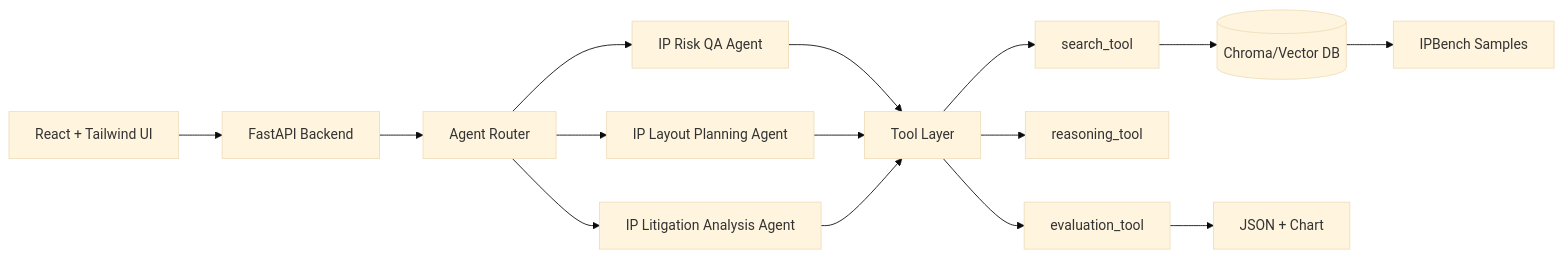
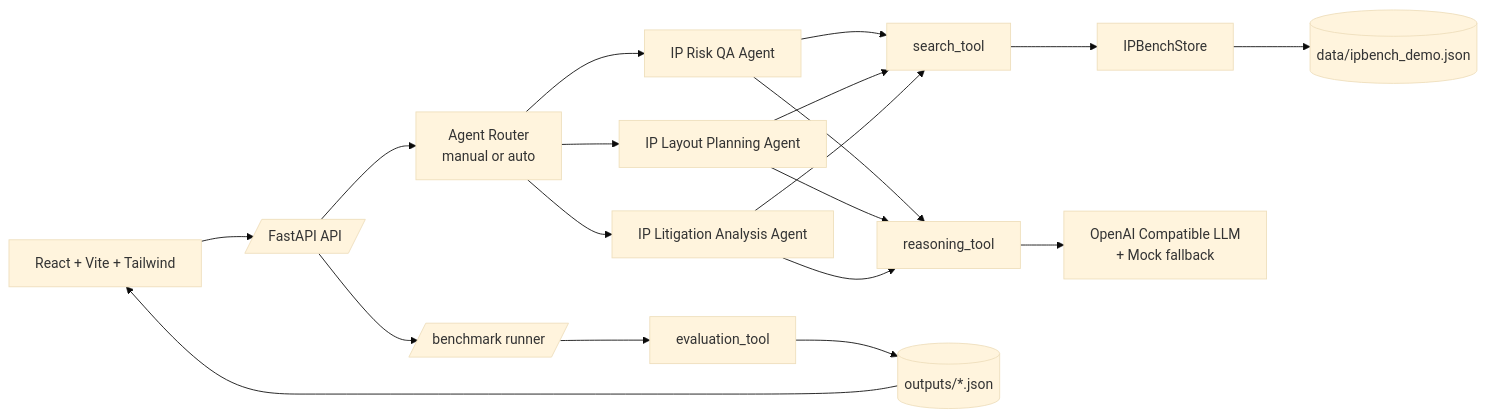
One commit to shallowdreamoon/agent_achive changed the first of 3 diagrams in architecture.md. Above: the diagram before and after it, drawn with Mermaid (base theme). The commit also changed other lines of this file and 25 other files, not shown here.

Commit message:
Refactor multi-agent pipeline, benchmark, UI, and deployment docs

````diff
--- a/architecture.md
+++ b/architecture.md
@@ -3,17 +7,25 @@
 ```mermaid
 flowchart LR
-  UI[React + Tailwind UI] --> API[FastAPI Backend]
-  API --> Router[Agent Router]
-  Router --> A1[IP Risk QA Agent]
-  Router --> A2[IP Layout Planning Agent]
-  Router --> A3[IP Litigation Analysis Agent]
-  A1 --> Tools[Tool Layer]
-  A2 --> Tools
-  A3 --> Tools
-  Tools --> Search[search_tool]
-  Tools --> Reason[reasoning_tool]
-  Tools --> Eval[evaluation_tool]
-  Search --> VDB[(Chroma/Vector DB)]
-  VDB --> Data[IPBench Samples]
-  Eval --> Metrics[JSON + Chart]
+  UI[React + Vite + Tailwind] --> API[/FastAPI API/]
+  API --> Router[Agent Router\nmanual or auto]
+  Router --> QA[IP Risk QA Agent]
+  Router --> LP[IP Layout Planning Agent]
+  Router --> LT[IP Litigation Analysis Agent]
+
+  QA --> Search[search_tool]
+  LP --> Search
+  LT --> Search
+
+  QA --> Reason[reasoning_tool]
+  LP --> Reason
+  LT --> Reason
+
+  Search --> Store[IPBenchStore]
+  Store --> Data[(data/ipbench_demo.json)]
+  Reason --> LLM[OpenAI Compatible LLM\n+ Mock fallback]
+
+  API --> Bench[/benchmark runner/]
+  Bench --> Eval[evaluation_tool]
+  Eval --> Out[(outputs/*.json)]
+  Out --> UI
 ```
````
